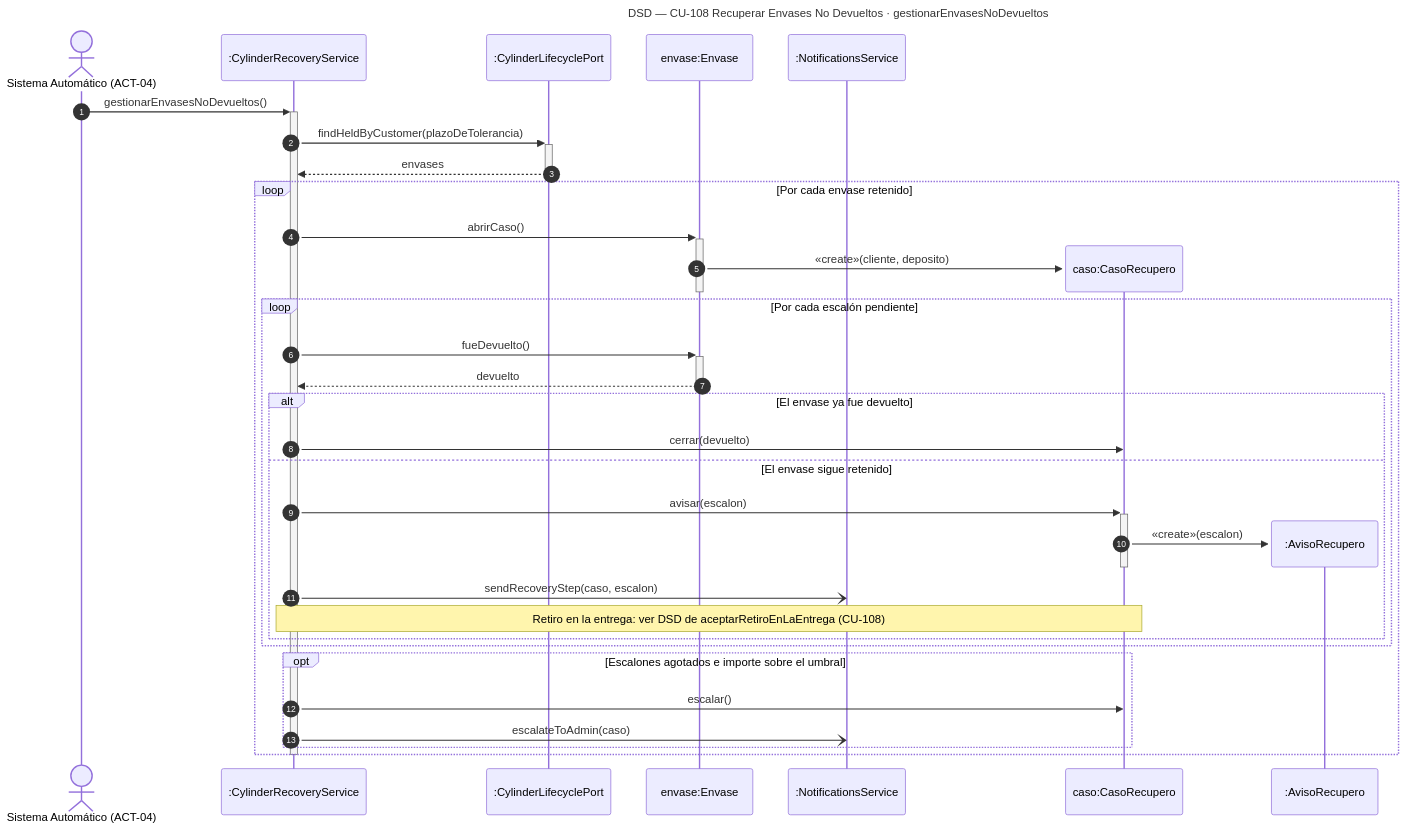
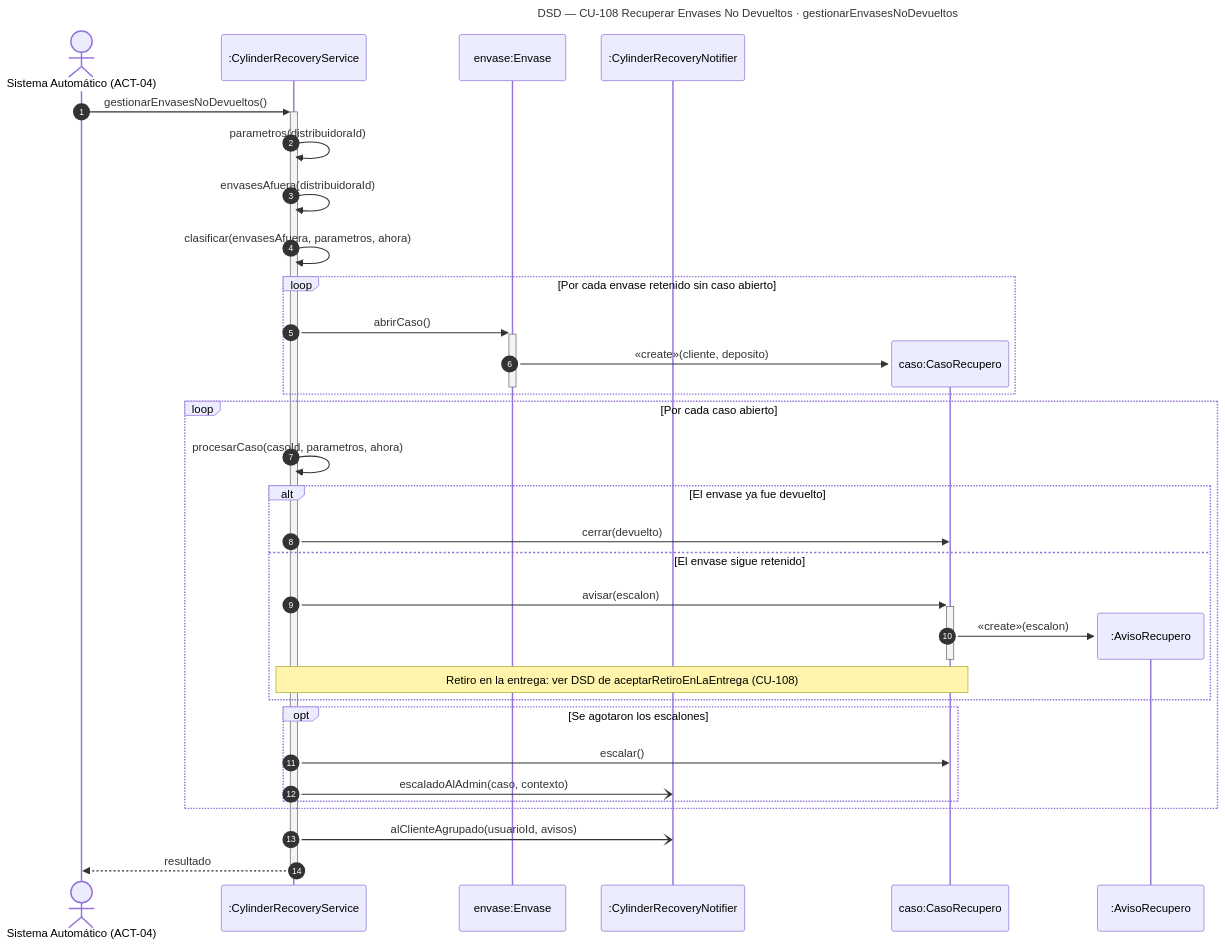
Diagram 20 of 20 in documentos/3-Diseño.md (Nahuelito-Dev/splg-docs), drawn with Mermaid before and after one commit. The commit also changed other lines of this file and 68 other files, not shown here.

Commit message:
docs(catedra): catálogo de casos de uso al día (328 vigentes, retirados del alcance, M2 a M5 implementados) y los DSD de los módulos inteligentes contra el código real

````diff
--- a/documentos/3-Diseño.md
+++ b/documentos/3-Diseño.md
@@ -2016,39 +2033,38 @@
 ```mermaid
 sequenceDiagram
     title DSD — CU-108 Recuperar Envases No Devueltos · gestionarEnvasesNoDevueltos
     autonumber
     actor SIS as Sistema Automático (ACT-04)
-    participant SRV as :CylinderRecoveryService
-    participant LIF as :CylinderLifecyclePort
+    participant CRS as :CylinderRecoveryService
     participant ENV as envase:Envase
-    participant NOT as :NotificationsService
+    participant CRN as :CylinderRecoveryNotifier
 
-    SIS->>+SRV: gestionarEnvasesNoDevueltos()
-    SRV->>+LIF: findHeldByCustomer(plazoDeTolerancia)
-    LIF-->>-SRV: envases
-    loop Por cada envase retenido
-        SRV->>+ENV: abrirCaso()
+    SIS->>+CRS: gestionarEnvasesNoDevueltos()
+    CRS->>CRS: parametros(distribuidoraId)
+    CRS->>CRS: envasesAfuera(distribuidoraId)
+    CRS->>CRS: clasificar(envasesAfuera, parametros, ahora)
+    loop Por cada envase retenido sin caso abierto
+        CRS->>+ENV: abrirCaso()
         create participant CAS as caso:CasoRecupero
         ENV->>CAS: «create»(cliente, deposito)
         deactivate ENV
-        loop Por cada escalón pendiente
-            SRV->>+ENV: fueDevuelto()
-            ENV-->>-SRV: devuelto
-            alt El envase ya fue devuelto
-                SRV->>CAS: cerrar(devuelto)
-            else El envase sigue retenido
-                SRV->>+CAS: avisar(escalon)
-                create participant AVI as :AvisoRecupero
-                CAS->>AVI: «create»(escalon)
-                deactivate CAS
-                SRV-)NOT: sendRecoveryStep(caso, escalon)
-                Note over SRV,CAS: Retiro en la entrega: ver DSD de aceptarRetiroEnLaEntrega (CU-108)
-            end
+    end
+    loop Por cada caso abierto
+        CRS->>CRS: procesarCaso(casoId, parametros, ahora)
+        alt El envase ya fue devuelto
+            CRS->>CAS: cerrar(devuelto)
+        else El envase sigue retenido
+            CRS->>+CAS: avisar(escalon)
+            create participant AVI as :AvisoRecupero
+            CAS->>AVI: «create»(escalon)
+            deactivate CAS
+            Note over CRS,CAS: Retiro en la entrega: ver DSD de aceptarRetiroEnLaEntrega (CU-108)
         end
-        opt Escalones agotados e importe sobre el umbral
-            SRV->>CAS: escalar()
-            SRV-)NOT: escalateToAdmin(caso)
+        opt Se agotaron los escalones
+            CRS->>CAS: escalar()
+            CRS-)CRN: escaladoAlAdmin(caso, contexto)
         end
     end
-    deactivate SRV
+    CRS-)CRN: alClienteAgrupado(usuarioId, avisos)
+    CRS-->>-SIS: resultado
 ```
````
